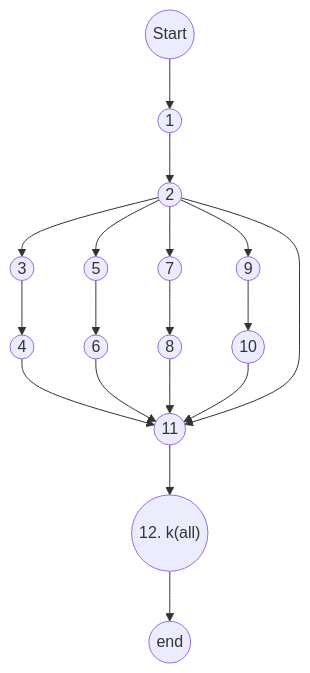
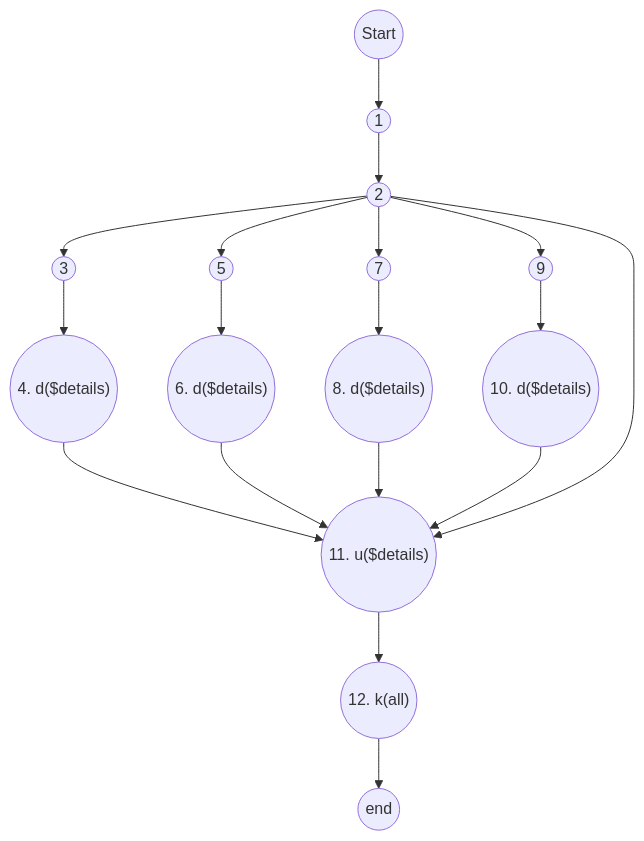
The fourth of 4 diagrams in _posts/2023-11-30-KTPM.md (tienminhvy/ghnotes), drawn with Mermaid before and after one commit. The commit also changed other lines of this file, not shown here.

````diff
--- a/_posts/2023-11-30-KTPM.md
+++ b/_posts/2023-11-30-KTPM.md
@@ -203,15 +210,15 @@
 ```mermaid
 flowchart TD
 idstart((Start)) 
 --> id1(("1"))
 --> id2(("2"))
 --> id3((3)) & id5((5)) & id7((7)) & id9((9)) 
 id3 -->id4(4)
 id5-->id6((6))
 id7-->id8((8))
-id9-->id10((10))
-id4((4)) & id6((6))  & id8((8)) & id10  & id2
--->id13((11))
+id9-->id10(("10. d($details)"))
+id4(("4. d($details)")) & id6(("6. d($details)"))  & id8(("8. d($details)")) & id10  & id2
+-->id13(("11. u($details)"))
 -->id100(("12. k(all)"))
 -->idend((end))
 ```  
````
